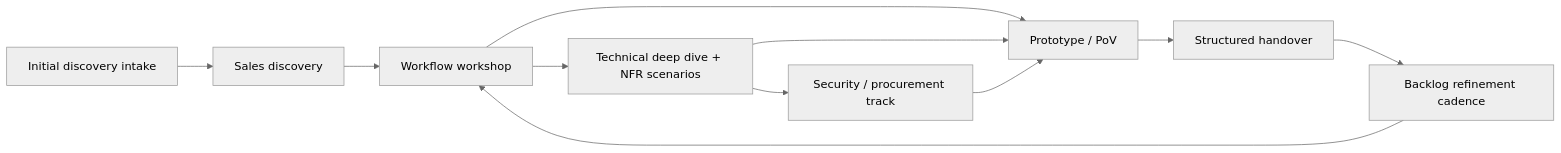
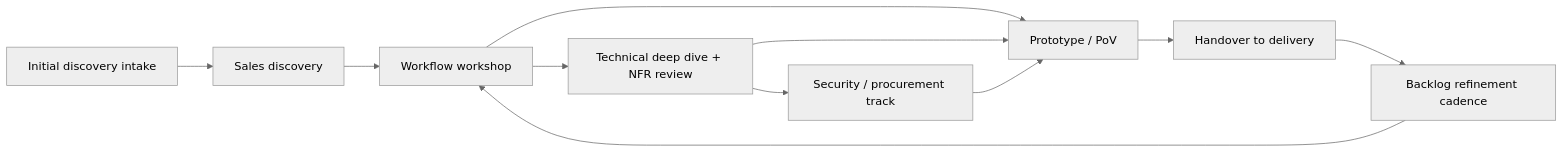
The diagram in docs/index.md (FastdevTeam/docs), drawn with Mermaid (neutral theme) before and after one commit. The commit also changed other lines of this file and 20 other files, not shown here.

````diff
--- a/docs/index.md
+++ b/docs/index.md
@@ -46,13 +47,13 @@
 ```mermaid
 flowchart LR
   A[Initial discovery intake] --> B[Sales discovery]
   B --> C[Workflow workshop]
-  C --> D[Technical deep dive + NFR scenarios]
+  C --> D[Technical deep dive + NFR review]
   D --> E[Security / procurement track]
   C --> F[Prototype / PoV]
   D --> F
   E --> F
-  F --> G[Structured handover]
+  F --> G[Handover to delivery]
   G --> H[Backlog refinement cadence]
   H --> C
 ```
````
